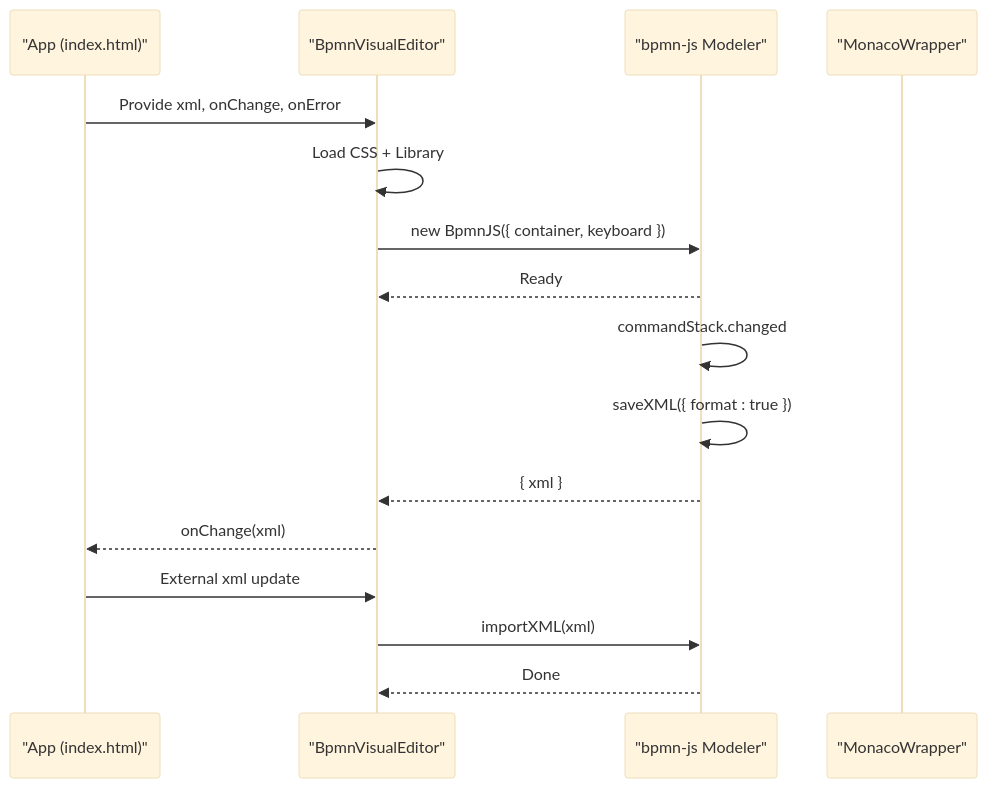
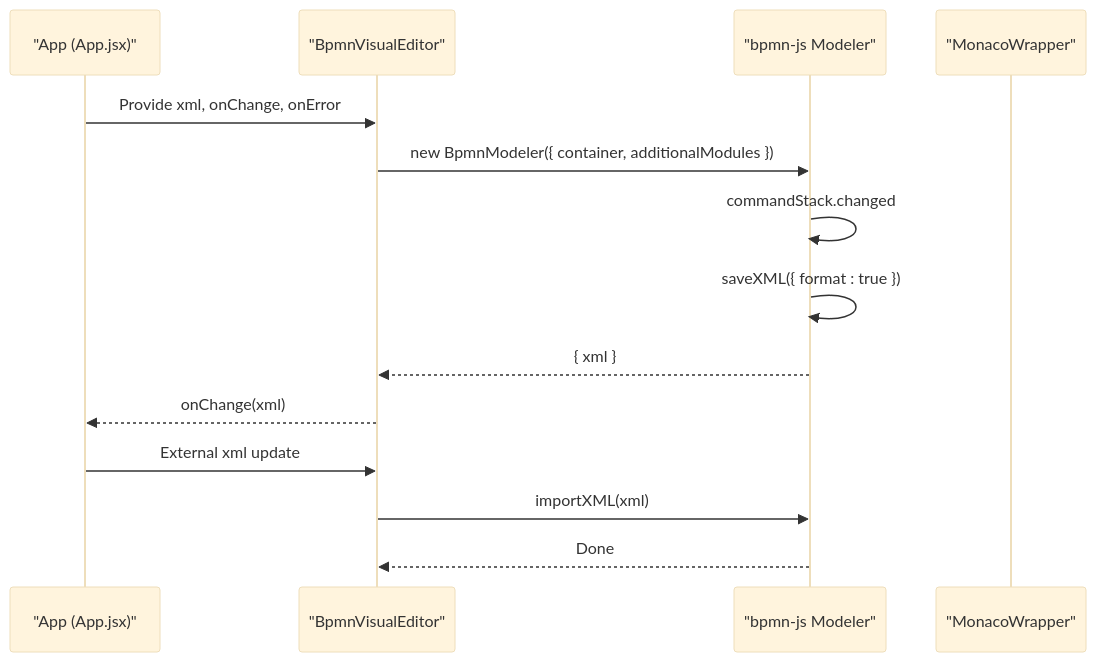
One commit to ongchonghian/universal-diagram-editor changed the third of 7 diagrams in .qoder/repowiki/en/content/Editor Architecture/Visual Editors/Visual Editors.md. Above: the diagram before and after it, drawn with Mermaid (base theme). The commit also changed other lines of this file and 31 other files, not shown here.

````diff
--- a/.qoder/repowiki/en/content/Editor Architecture/Visual Editors/Visual Editors.md
+++ b/.qoder/repowiki/en/content/Editor Architecture/Visual Editors/Visual Editors.md
@@ -165,18 +145,16 @@
 ```mermaid
 sequenceDiagram
-participant App as "App (index.html)"
+participant App as "App (App.jsx)"
 participant BPMN as "BpmnVisualEditor"
 participant Modeler as "bpmn-js Modeler"
 participant Code as "MonacoWrapper"
 App->>BPMN : Provide xml, onChange, onError
-BPMN->>BPMN : Load CSS + Library
-BPMN->>Modeler : new BpmnJS({ container, keyboard })
-Modeler-->>BPMN : Ready
+BPMN->>Modeler : new BpmnModeler({ container, additionalModules })
 Modeler->>Modeler : commandStack.changed
 Modeler->>Modeler : saveXML({ format : true })
 Modeler-->>BPMN : { xml }
 BPMN-->>App : onChange(xml)
 App->>BPMN : External xml update
 BPMN->>Modeler : importXML(xml)
 Modeler-->>BPMN : Done
 ```
````
